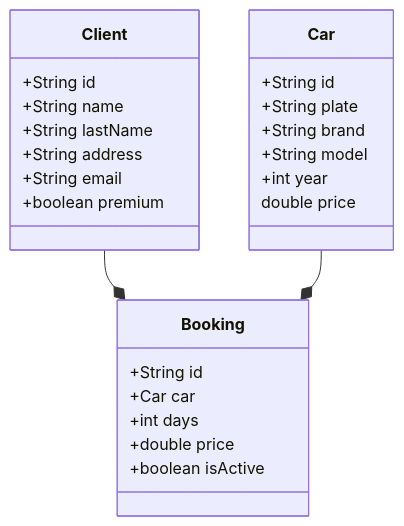
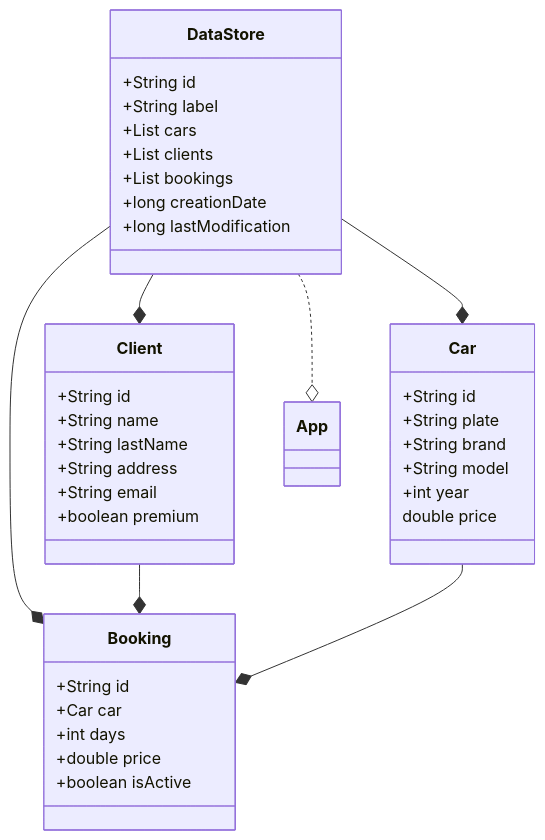
The diagram in docs/rentingCarv1.0.md (EricBM19/RentingCar), drawn with Mermaid before and after one commit. The commit also changed other lines of this file and 2 other files, not shown here.

Commit message:
Doc: UML updated /Code: Minor changes and import at FakeDataDB & DataStore

````diff
--- a/docs/rentingCarv1.0.md
+++ b/docs/rentingCarv1.0.md
@@ -62,32 +78,44 @@
 ```mermaid
 classDiagram
 direction TB
     class Car {
-        +String id
-        +String plate
-        +String brand
-        +String model
-        +int year
-        double price
+	    +String id
+	    +String plate
+	    +String brand
+	    +String model
+	    +int year
+	    double price
     }
-
     class Client {
-        +String id
-        +String name
-        +String lastName
-        +String address
-        +String email
-        +boolean premium
+	    +String id
+	    +String name
+	    +String lastName
+	    +String address
+	    +String email
+	    +boolean premium
     }
-
     class Booking {
-        +String id
-        +Car car
-        +int days
-        +double price
-        +boolean isActive
+	    +String id
+	    +Car car
+	    +int days
+	    +double price
+	    +boolean isActive
     }
-
+	class DataStore {
+	    +String id
+	    +String label
+	    +List cars
+	    +List clients
+		+List bookings
+		+long creationDate
+	    +long lastModification
+    }
+	class App
+	DataStore ..o App
+	DataStore --* Client
+	DataStore --* Booking
+	DataStore --* Car
     Client --* Booking
     Car --* Booking
+
 ```
````
